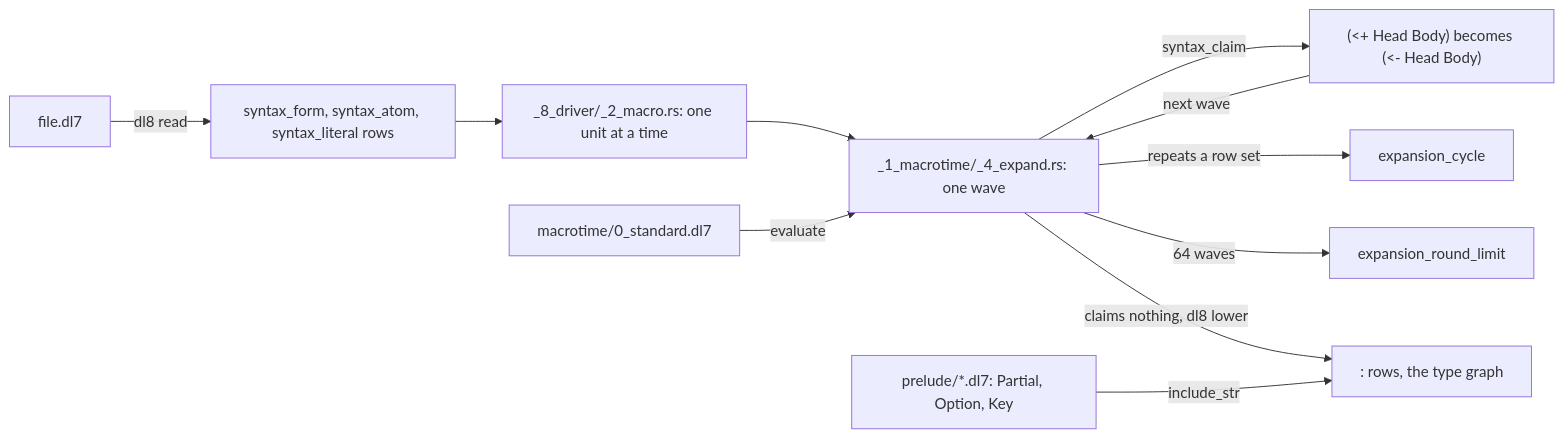
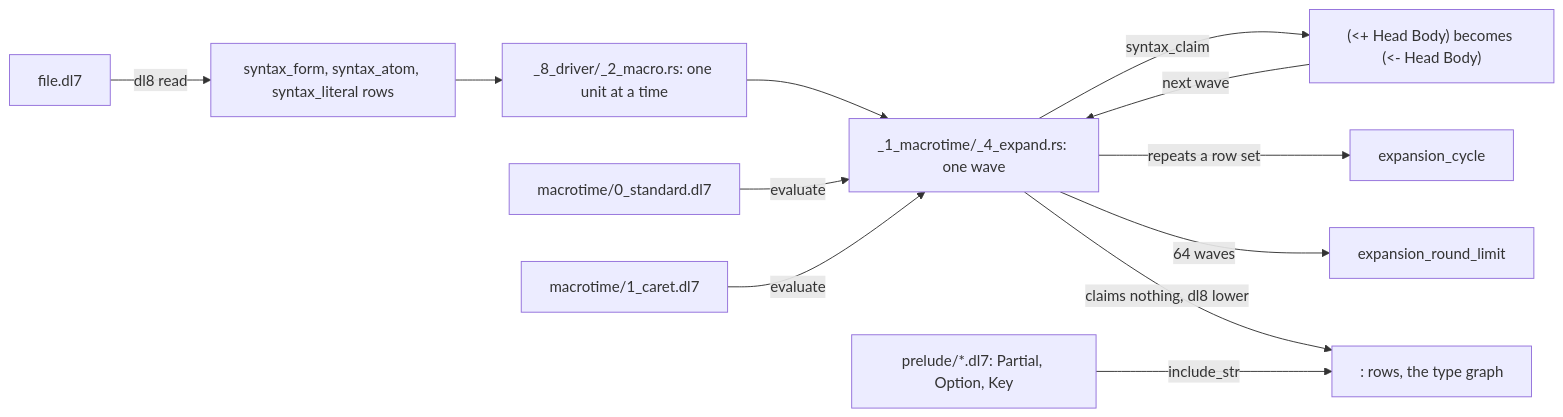
One commit to hafley66/sprefa changed the diagram in book/src/8_macros.md. Above: the diagram before and after it, drawn with Mermaid. The commit also changed other lines of this file and 5 other files, not shown here.

````diff
--- a/book/src/8_macros.md
+++ b/book/src/8_macros.md
@@ -5,13 +5,14 @@
 ```mermaid
 flowchart LR
   dl7[file.dl7] -->|dl8 read| syntax[syntax_form, syntax_atom, syntax_literal rows]
   syntax --> unit[_8_driver/_2_macro.rs: one unit at a time]
   unit --> wave[_1_macrotime/_4_expand.rs: one wave]
   standard[macrotime/0_standard.dl7] -->|evaluate| wave
+  caret[macrotime/1_caret.dl7] -->|evaluate| wave
   wave -->|syntax_claim| rewrite["(<+ Head Body) becomes (<- Head Body)"]
   rewrite -->|next wave| wave
   wave -->|repeats a row set| cycle[expansion_cycle]
   wave -->|64 waves| limit[expansion_round_limit]
   wave -->|claims nothing, dl8 lower| colon[: rows, the type graph]
   prelude[prelude/*.dl7: Partial, Option, Key] -->|include_str| colon
 ```
````
